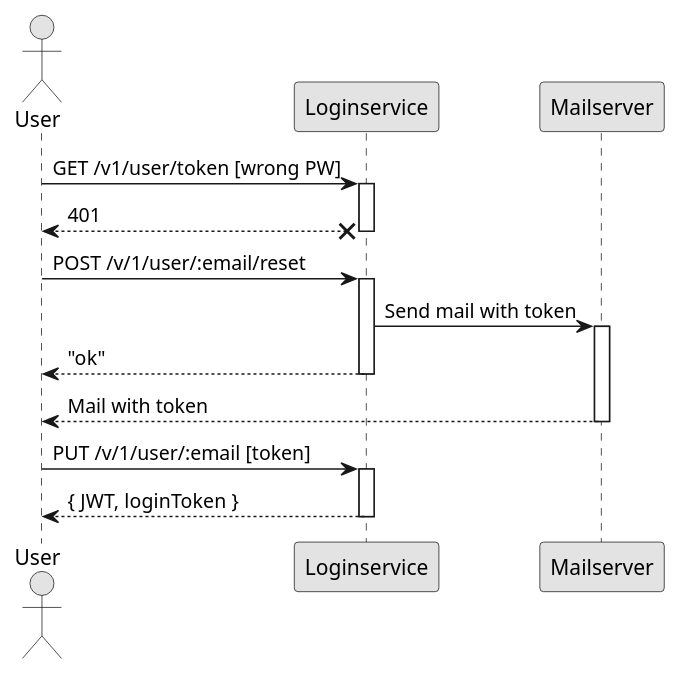
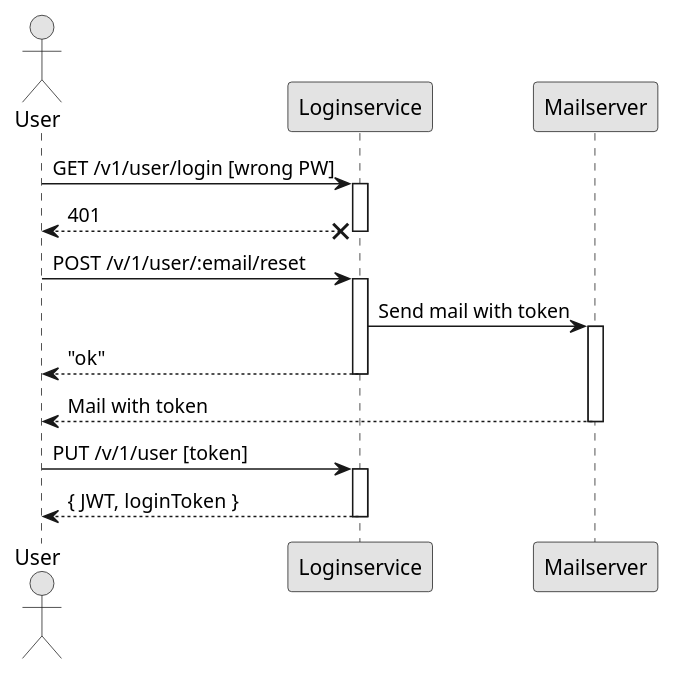
One commit to phuhl/apparts-login-server changed the third of 3 diagrams in README.org. Above: the diagram before and after it, drawn with PlantUML. The commit also changed other lines of this file and 5 other files, not shown here.

```diff
--- a/README.org
+++ b/README.org
@@ -370,26 +370,26 @@
 #+BEGIN_SRC plantuml :file resetpw.png :exports results
 actor User
 skinparam roundcorner 5
 skinparam monochrome true
 skinparam shadowing false
 
-User -> Loginservice : GET /v1/user/token [wrong PW]
+User -> Loginservice : GET /v1/user/login [wrong PW]
 activate Loginservice
 User <--x Loginservice : 401
 deactivate Loginservice
 
 User -> Loginservice : POST /v/1/user/:email/reset
 activate Loginservice
 Loginservice -> Mailserver : Send mail with token
 activate Mailserver
 User <-- Loginservice : "ok"
 deactivate Loginservice
 User <-- Mailserver : Mail with token
 deactivate Mailserver
 
-User -> Loginservice : PUT /v/1/user/:email [token]
+User -> Loginservice : PUT /v/1/user [token]
 activate Loginservice
 User <-- Loginservice : { JWT, loginToken }
 deactivate Loginservice
 
 #+END_SRC
```
